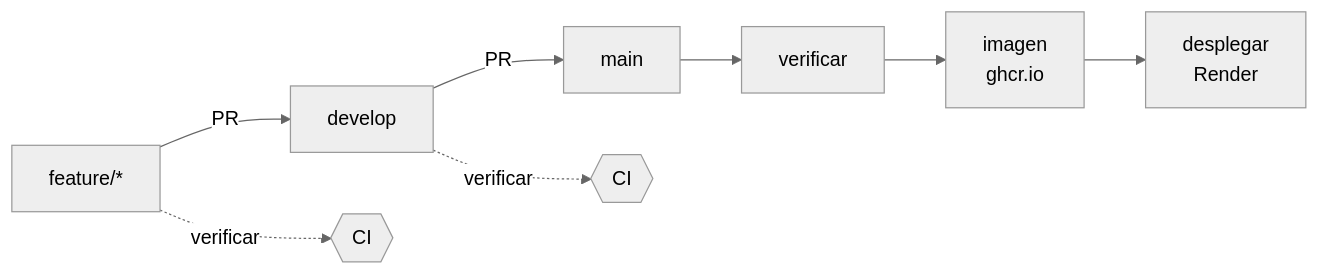
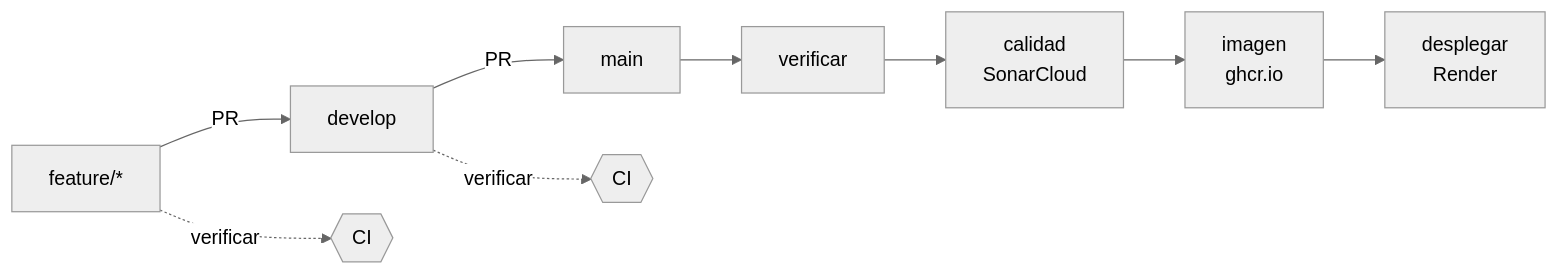
One commit to EAP02/EAP02-Back changed the diagram in docs/ci-cd.md. Above: the diagram before and after it, drawn with Mermaid (neutral theme). The commit also changed other lines of this file and 2 other files, not shown here.

First line of the commit message:
ci: integra SonarCloud y Quality Gate bloqueante (RNF-05)

````diff
--- a/docs/ci-cd.md
+++ b/docs/ci-cd.md
@@ -9,8 +9,8 @@
 ```mermaid
 flowchart LR
     F[feature/*] -- PR --> D[develop]
     D -- PR --> M[main]
     F -. "verificar" .-> CI1{{CI}}
     D -. "verificar" .-> CI2{{CI}}
-    M --> V[verificar] --> I[imagen<br/>ghcr.io] --> R[desplegar<br/>Render]
+    M --> V[verificar] --> Q[calidad<br/>SonarCloud] --> I[imagen<br/>ghcr.io] --> R[desplegar<br/>Render]
 ```
````
